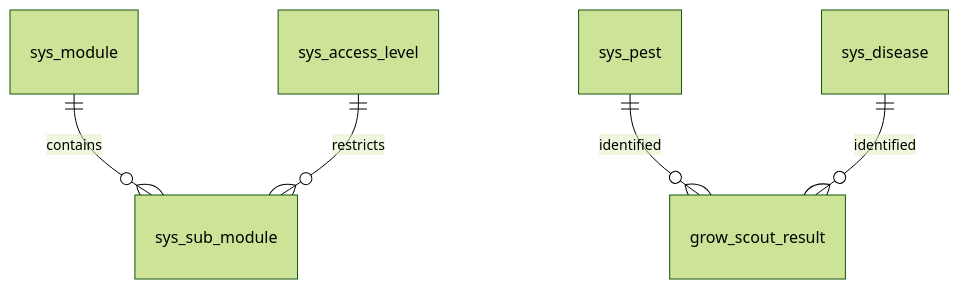
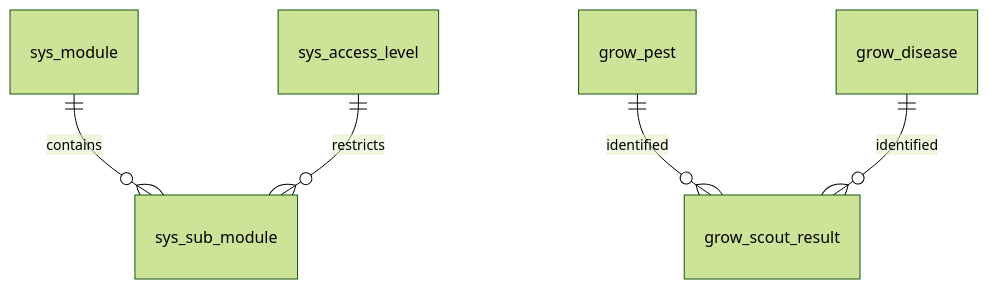
Before and after one commit to Hawaii-Farming/aloha-app: the diagram in docs/schemas/20260327_01_sys.md, drawn with Mermaid (forest theme). The commit also changed other lines of this file and 17 other files, not shown here.

````diff
--- a/docs/schemas/20260327_01_sys.md
+++ b/docs/schemas/20260327_01_sys.md
@@ -9,7 +9,7 @@
 ```mermaid
 erDiagram
     sys_module ||--o{ sys_sub_module : contains
     sys_access_level ||--o{ sys_sub_module : restricts
-    sys_pest ||--o{ grow_scout_result : identified
-    sys_disease ||--o{ grow_scout_result : identified
+    grow_pest ||--o{ grow_scout_result : identified
+    grow_disease ||--o{ grow_scout_result : identified
 ```
````
